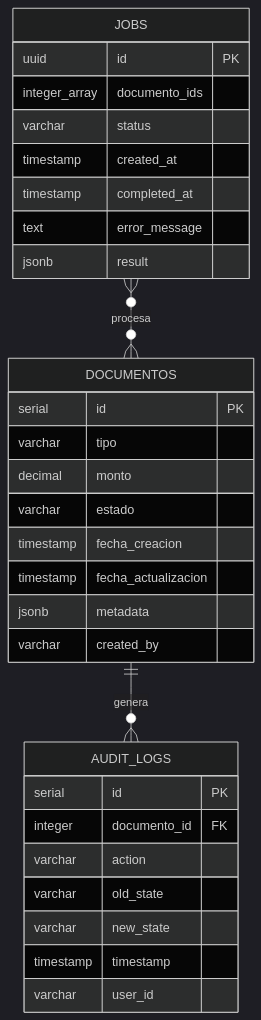
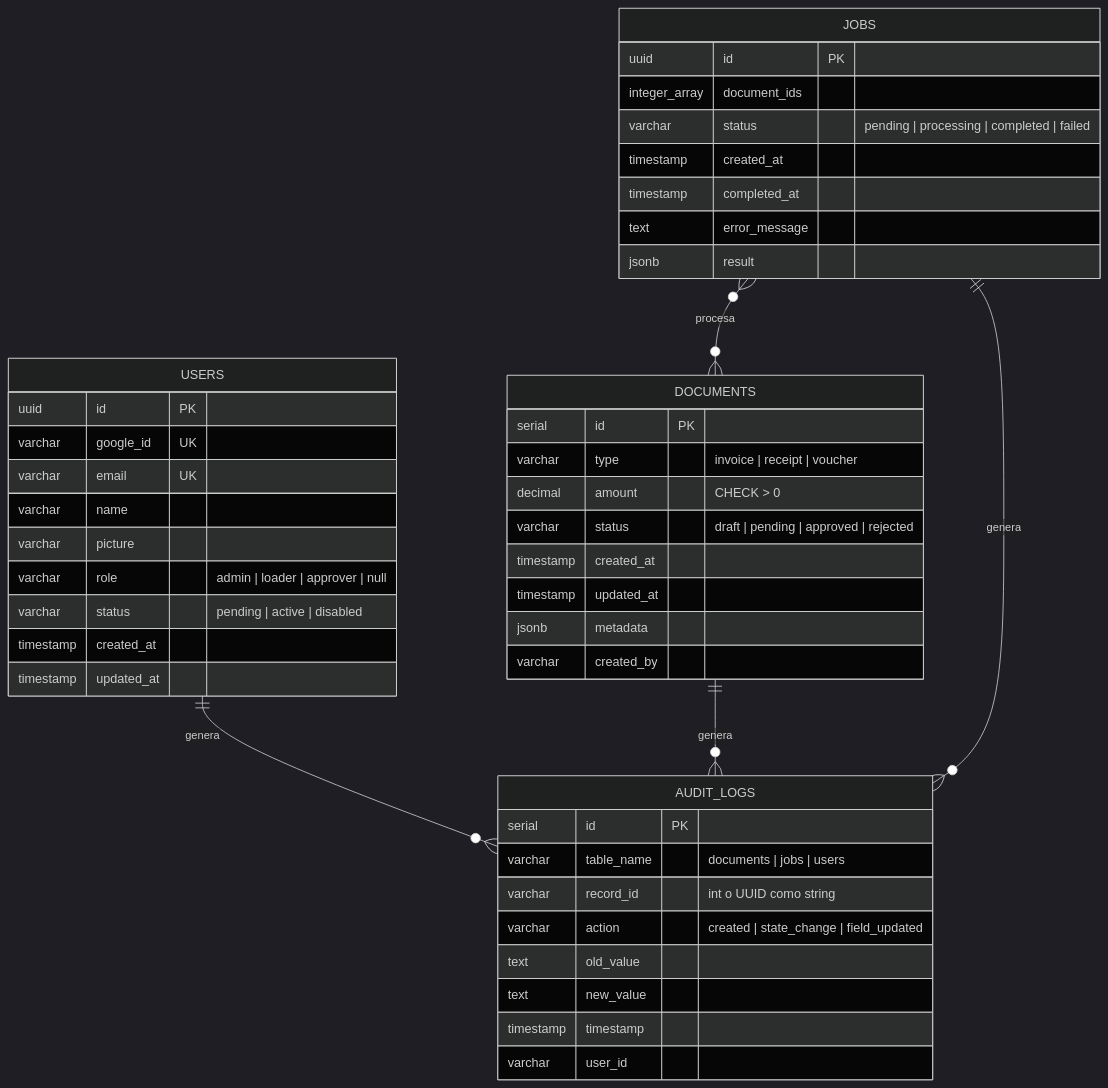
One commit to abyssorcdev/duppla changed diagram 13 of 16 in docs/project_design.md. Above: the diagram before and after it, drawn with Mermaid (dark theme). The commit also changed other lines of this file, not shown here.

````diff
--- a/docs/project_design.md
+++ b/docs/project_design.md
@@ -597,36 +626,51 @@
 ```mermaid
 erDiagram
-    DOCUMENTOS ||--o{ AUDIT_LOGS : "genera"
-    JOBS }o--o{ DOCUMENTOS : "procesa"
+    USERS ||--o{ AUDIT_LOGS : "genera"
+    DOCUMENTS ||--o{ AUDIT_LOGS : "genera"
+    JOBS ||--o{ AUDIT_LOGS : "genera"
+    JOBS }o--o{ DOCUMENTS : "procesa"
 
-    DOCUMENTOS {
+    USERS {
+        uuid id PK
+        varchar google_id UK
+        varchar email UK
+        varchar name
+        varchar picture
+        varchar role "admin | loader | approver | null"
+        varchar status "pending | active | disabled"
+        timestamp created_at
+        timestamp updated_at
+    }
+
+    DOCUMENTS {
         serial id PK
-        varchar tipo
-        decimal monto
-        varchar estado
-        timestamp fecha_creacion
-        timestamp fecha_actualizacion
+        varchar type "invoice | receipt | voucher"
+        decimal amount "CHECK > 0"
+        varchar status "draft | pending | approved | rejected"
+        timestamp created_at
+        timestamp updated_at
         jsonb metadata
         varchar created_by
     }
 
     JOBS {
         uuid id PK
-        integer_array documento_ids
-        varchar status
+        integer_array document_ids
+        varchar status "pending | processing | completed | failed"
         timestamp created_at
         timestamp completed_at
         text error_message
         jsonb result
     }
 
     AUDIT_LOGS {
         serial id PK
-        integer documento_id FK
-        varchar action
-        varchar old_state
-        varchar new_state
+        varchar table_name "documents | jobs | users"
+        varchar record_id "int o UUID como string"
+        varchar action "created | state_change | field_updated"
+        text old_value
+        text new_value
         timestamp timestamp
         varchar user_id
     }
 ```
````
